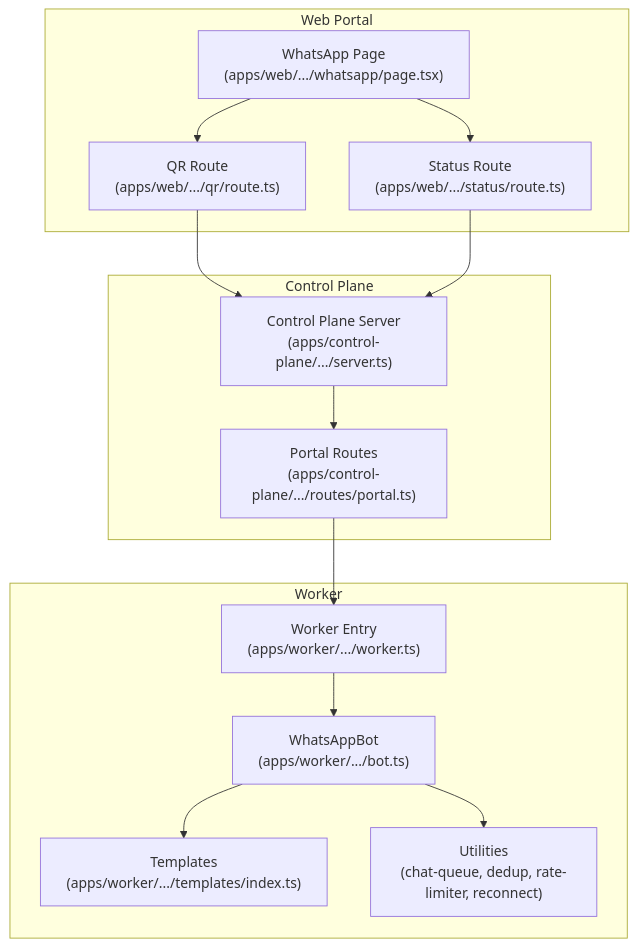
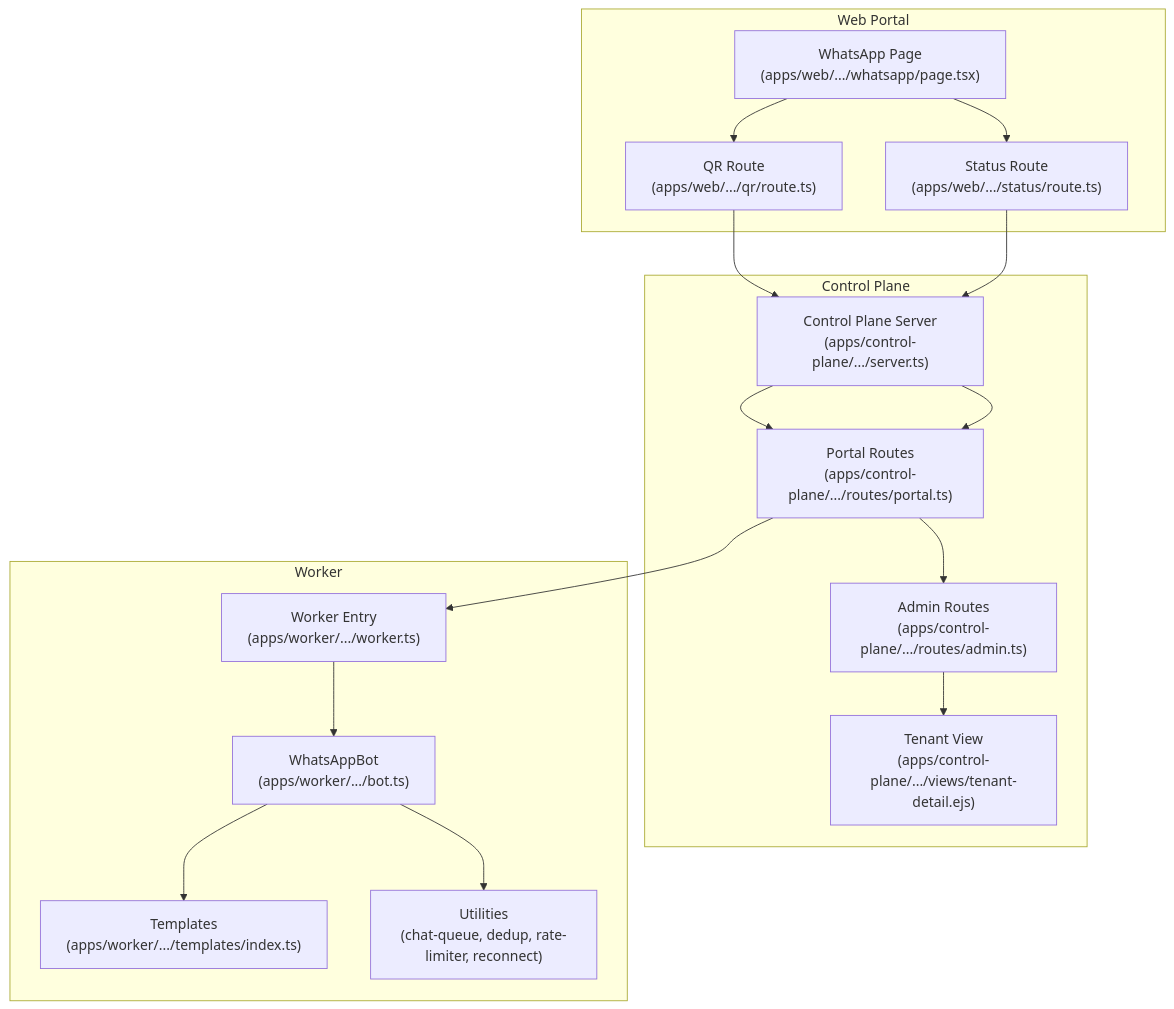
The first of 8 diagrams in .qoder/repowiki/en/content/WhatsApp Integration/WhatsApp Integration.md (askchiwa-spec/FLOW-HQ-BOT), drawn with Mermaid before and after one commit. The commit also changed other lines of this file and 27 other files, not shown here.

````diff
--- a/.qoder/repowiki/en/content/WhatsApp Integration/WhatsApp Integration.md
+++ b/.qoder/repowiki/en/content/WhatsApp Integration/WhatsApp Integration.md
@@ -56,27 +58,32 @@
 ```mermaid
 graph TB
 subgraph "Web Portal"
 WP["WhatsApp Page<br/>(apps/web/.../whatsapp/page.tsx)"]
 QRRoute["QR Route<br/>(apps/web/.../qr/route.ts)"]
 StatusRoute["Status Route<br/>(apps/web/.../status/route.ts)"]
 end
 subgraph "Control Plane"
 CP["Control Plane Server<br/>(apps/control-plane/.../server.ts)"]
 PortalRoutes["Portal Routes<br/>(apps/control-plane/.../routes/portal.ts)"]
+AdminRoutes["Admin Routes<br/>(apps/control-plane/.../routes/admin.ts)"]
+TenantView["Tenant View<br/>(apps/control-plane/.../views/tenant-detail.ejs)"]
 end
 subgraph "Worker"
 WorkerMain["Worker Entry<br/>(apps/worker/.../worker.ts)"]
 Bot["WhatsAppBot<br/>(apps/worker/.../bot.ts)"]
 Templates["Templates<br/>(apps/worker/.../templates/index.ts)"]
 Utils["Utilities<br/>(chat-queue, dedup, rate-limiter, reconnect)"]
 end
 WP --> QRRoute
 WP --> StatusRoute
 QRRoute --> CP
 StatusRoute --> CP
 CP --> PortalRoutes
+PortalRoutes --> AdminRoutes
+AdminRoutes --> TenantView
+CP --> PortalRoutes
 PortalRoutes --> WorkerMain
 WorkerMain --> Bot
 Bot --> Templates
 Bot --> Utils
 ```
````
